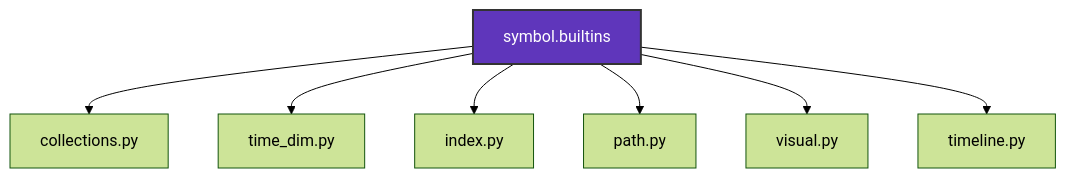
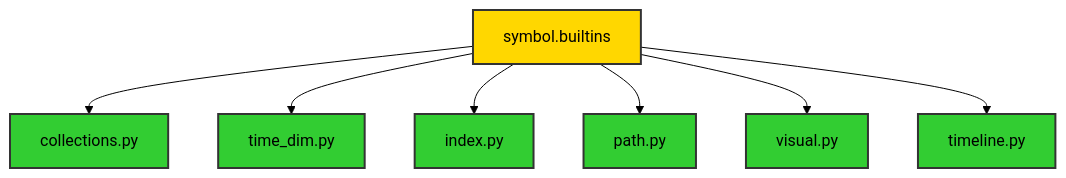
The second of 2 diagrams in docs/readme_details/3_layered_architecture/index.md (ikko/sym), drawn with Mermaid (forest theme) before and after one commit. The commit also changed other lines of this file and 10 other files, not shown here.

````diff
--- a/docs/readme_details/3_layered_architecture/index.md
+++ b/docs/readme_details/3_layered_architecture/index.md
@@ -32,13 +34,17 @@
 ```mermaid
 graph TD
     A[symbol.builtins] --> B[collections.py];
     A --> C[time_dim.py];
     A --> D[index.py];
     A --> E[path.py];
     A --> F[visual.py];
     A --> G[timeline.py];
 
-    style A fill:#5f36bb,stroke:#333,stroke-width:2px,color:#FFFFFF;
-
-    style A fill:#5f36bb,stroke:#333,stroke-width:2px,color:#FFFFFF;
+    style A fill:#FFD700,stroke:#333,stroke-width:2px,color:#000000;
+    style B fill:#32CD32,stroke:#333,stroke-width:2px,color:#000000;
+    style C fill:#32CD32,stroke:#333,stroke-width:2px,color:#000000;
+    style D fill:#32CD32,stroke:#333,stroke-width:2px,color:#000000;
+    style E fill:#32CD32,stroke:#333,stroke-width:2px,color:#000000;
+    style F fill:#32CD32,stroke:#333,stroke-width:2px,color:#000000;
+    style G fill:#32CD32,stroke:#333,stroke-width:2px,color:#000000;
 ```
````
